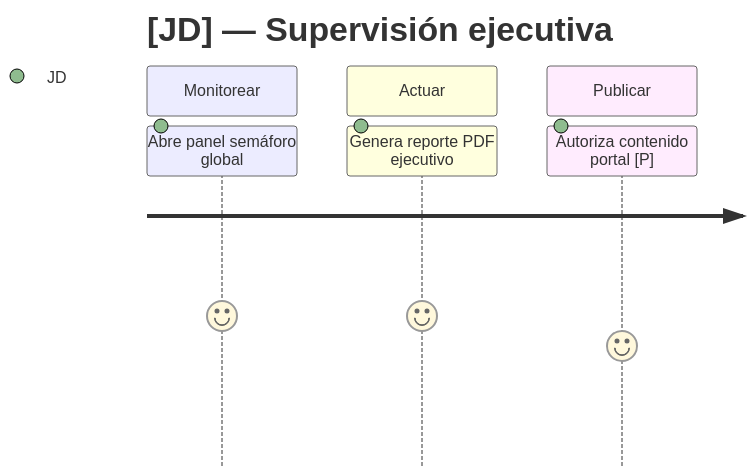
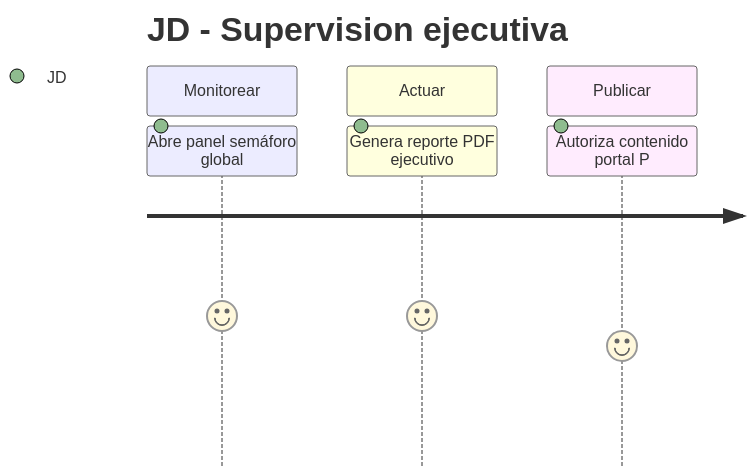
One commit to AcredIA-UMSS/sigesa-docs changed the third of 3 diagrams in docs/03_prd/PRD.md. Above: the diagram before and after it, drawn with Mermaid. The commit also changed other lines of this file and 11 other files, not shown here.

Commit message:
fix diagrams

````diff
--- a/docs/03_prd/PRD.md
+++ b/docs/03_prd/PRD.md
@@ -164,10 +164,10 @@
 ```mermaid
 journey
-  title [JD] — Supervisión ejecutiva
+  title JD - Supervision ejecutiva
   section Monitorear
     Abre panel semáforo global: 5: JD
   section Actuar
     Genera reporte PDF ejecutivo: 5: JD
   section Publicar
-    Autoriza contenido portal [P]: 4: JD
+    Autoriza contenido portal P: 4: JD
 ```
````
